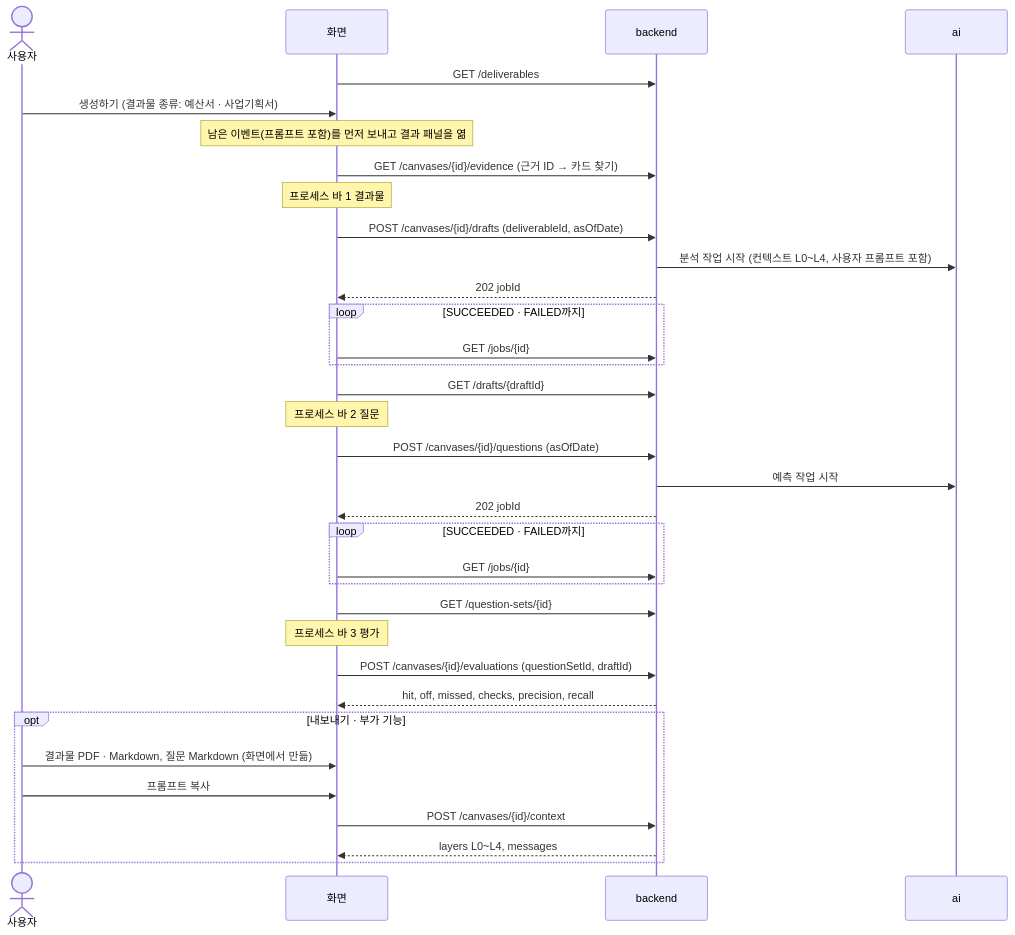
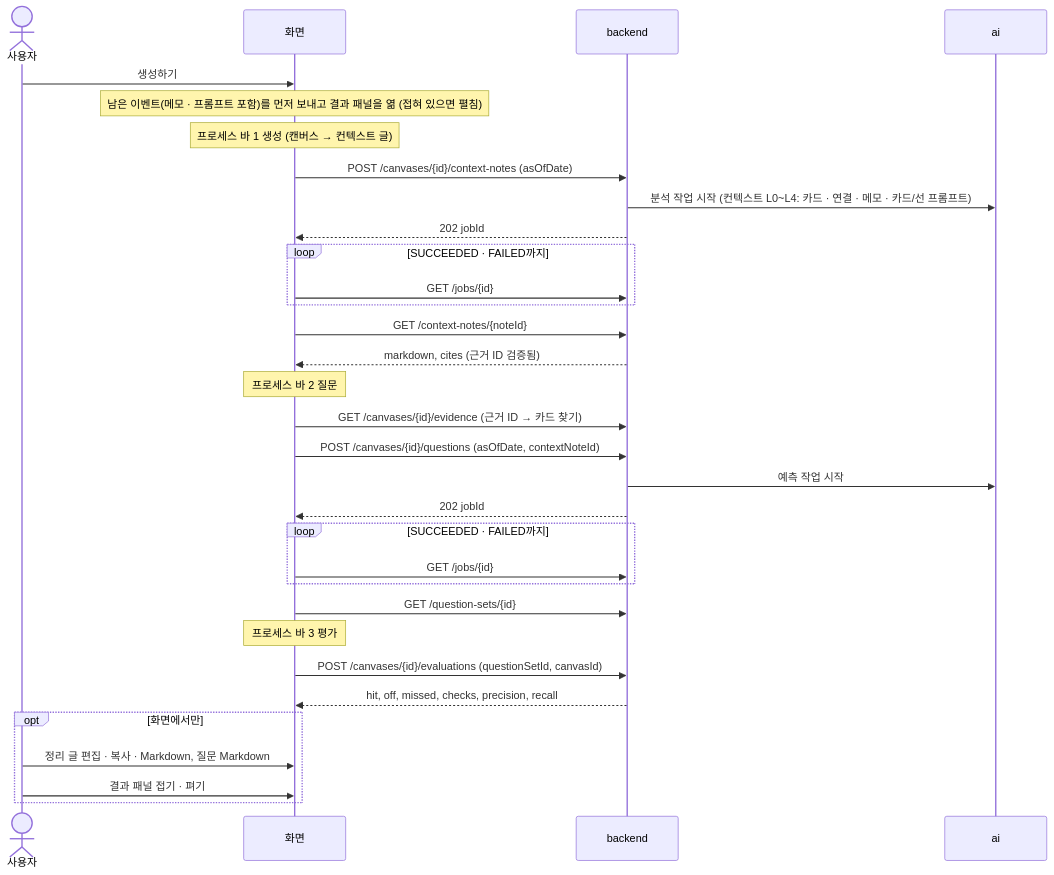
The sixth of 7 diagrams in docs/frontend/api-diagram.md (vamos-team/telescope), drawn with Mermaid before and after one commit. The commit also changed other lines of this file and 3 other files, not shown here.

````diff
--- a/docs/frontend/api-diagram.md
+++ b/docs/frontend/api-diagram.md
@@ -176,41 +180,39 @@
 ```mermaid
 sequenceDiagram
   actor U as 사용자
   participant F as 화면
   participant B as backend
   participant A as ai
 
-  F->>B: GET /deliverables
-  U->>F: 생성하기 (결과물 종류: 예산서 · 사업기획서)
-  Note over F: 남은 이벤트(프롬프트 포함)를 먼저 보내고 결과 패널을 엶
-  F->>B: GET /canvases/{id}/evidence (근거 ID → 카드 찾기)
+  U->>F: 생성하기
+  Note over F: 남은 이벤트(메모 · 프롬프트 포함)를 먼저 보내고 결과 패널을 엶 (접혀 있으면 펼침)
 
-  Note over F: 프로세스 바 1 결과물
-  F->>B: POST /canvases/{id}/drafts (deliverableId, asOfDate)
-  B->>A: 분석 작업 시작 (컨텍스트 L0~L4, 사용자 프롬프트 포함)
+  Note over F: 프로세스 바 1 생성 (캔버스 → 컨텍스트 글)
+  F->>B: POST /canvases/{id}/context-notes (asOfDate)
+  B->>A: 분석 작업 시작 (컨텍스트 L0~L4: 카드 · 연결 · 메모 · 카드/선 프롬프트)
   B-->>F: 202 jobId
   loop SUCCEEDED · FAILED까지
     F->>B: GET /jobs/{id}
   end
-  F->>B: GET /drafts/{draftId}
+  F->>B: GET /context-notes/{noteId}
+  B-->>F: markdown, cites (근거 ID 검증됨)
 
   Note over F: 프로세스 바 2 질문
-  F->>B: POST /canvases/{id}/questions (asOfDate)
+  F->>B: GET /canvases/{id}/evidence (근거 ID → 카드 찾기)
+  F->>B: POST /canvases/{id}/questions (asOfDate, contextNoteId)
   B->>A: 예측 작업 시작
   B-->>F: 202 jobId
   loop SUCCEEDED · FAILED까지
     F->>B: GET /jobs/{id}
   end
   F->>B: GET /question-sets/{id}
 
   Note over F: 프로세스 바 3 평가
-  F->>B: POST /canvases/{id}/evaluations (questionSetId, draftId)
+  F->>B: POST /canvases/{id}/evaluations (questionSetId, canvasId)
   B-->>F: hit, off, missed, checks, precision, recall
 
-  opt 내보내기 · 부가 기능
-    U->>F: 결과물 PDF · Markdown, 질문 Markdown (화면에서 만듦)
-    U->>F: 프롬프트 복사
-    F->>B: POST /canvases/{id}/context
-    B-->>F: layers L0~L4, messages
+  opt 화면에서만
+    U->>F: 정리 글 편집 · 복사 · Markdown, 질문 Markdown
+    U->>F: 결과 패널 접기 · 펴기
   end
 ```
````
